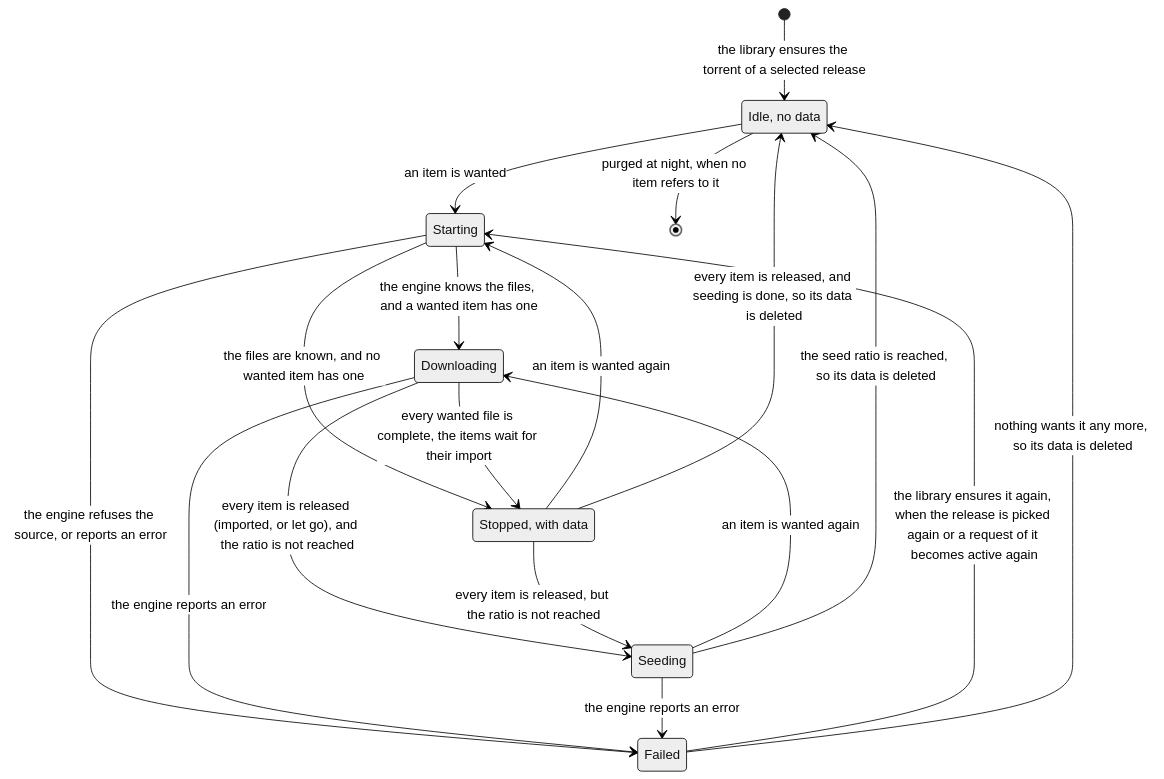
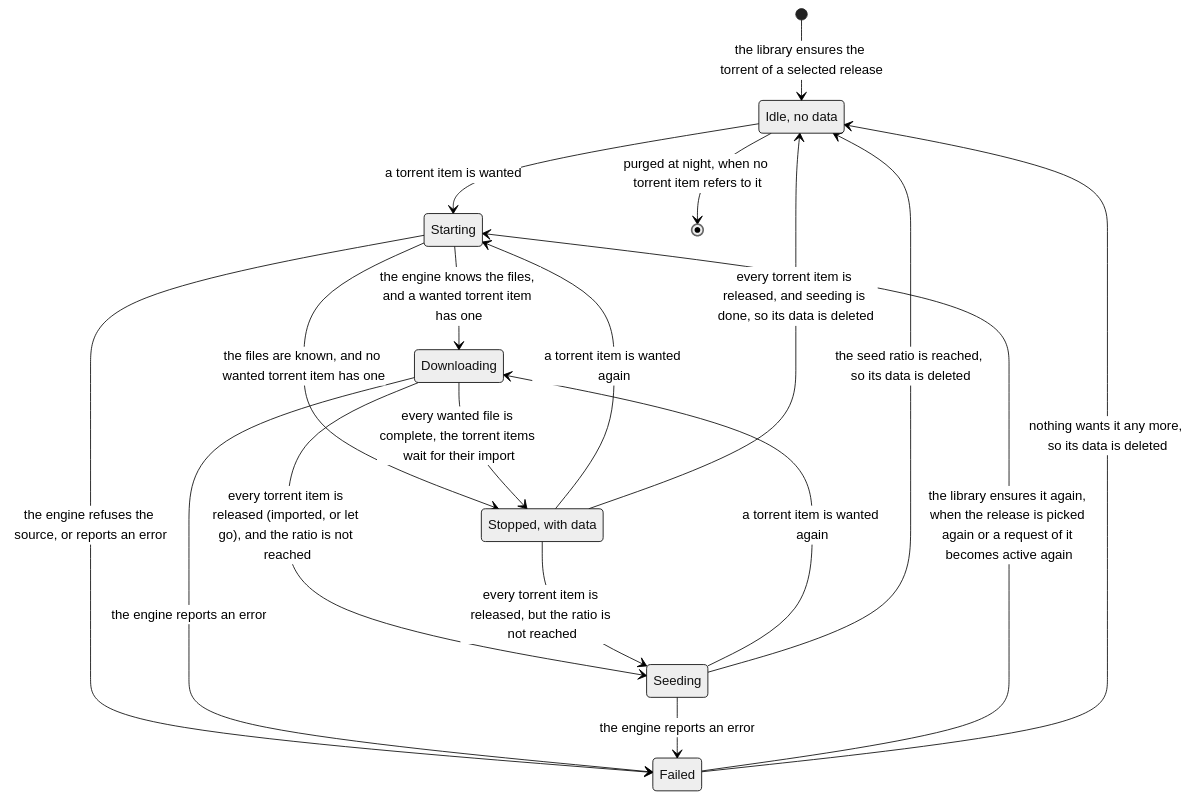
One commit to aleksilassila/reiverr changed the fourth of 5 diagrams in docs/backend-architecture.md. Above: the diagram before and after it, drawn with Mermaid (neutral theme). The commit also changed other lines of this file and 26 other files, not shown here.

Commit message:
refactor: rename items -> torrentItems

````diff
--- a/docs/backend-architecture.md
+++ b/docs/backend-architecture.md
@@ -122,23 +122,23 @@
 ```mermaid
 stateDiagram-v2
   state "Idle, no data" as idle
   state "Stopped, with data" as stopped
 
   [*] --> idle: the library ensures the torrent of a selected release
-  idle --> Starting: an item is wanted
-  Starting --> Downloading: the engine knows the files, and a wanted item has one
-  Starting --> stopped: the files are known, and no wanted item has one
-  Downloading --> stopped: every wanted file is complete, the items wait for their import
-  Downloading --> Seeding: every item is released (imported, or let go), and the ratio is not reached
-  stopped --> Seeding: every item is released, but the ratio is not reached
-  stopped --> Starting: an item is wanted again
-  stopped --> idle: every item is released, and seeding is done, so its data is deleted
-  Seeding --> Downloading: an item is wanted again
+  idle --> Starting: a torrent item is wanted
+  Starting --> Downloading: the engine knows the files, and a wanted torrent item has one
+  Starting --> stopped: the files are known, and no wanted torrent item has one
+  Downloading --> stopped: every wanted file is complete, the torrent items wait for their import
+  Downloading --> Seeding: every torrent item is released (imported, or let go), and the ratio is not reached
+  stopped --> Seeding: every torrent item is released, but the ratio is not reached
+  stopped --> Starting: a torrent item is wanted again
+  stopped --> idle: every torrent item is released, and seeding is done, so its data is deleted
+  Seeding --> Downloading: a torrent item is wanted again
   Seeding --> idle: the seed ratio is reached, so its data is deleted
   Starting --> Failed: the engine refuses the source, or reports an error
   Downloading --> Failed: the engine reports an error
   Seeding --> Failed: the engine reports an error
   Failed --> Starting: the library ensures it again, when the release is picked again or a request of it becomes active again
   Failed --> idle: nothing wants it any more, so its data is deleted
-  idle --> [*]: purged at night, when no item refers to it
+  idle --> [*]: purged at night, when no torrent item refers to it
 ```
````
